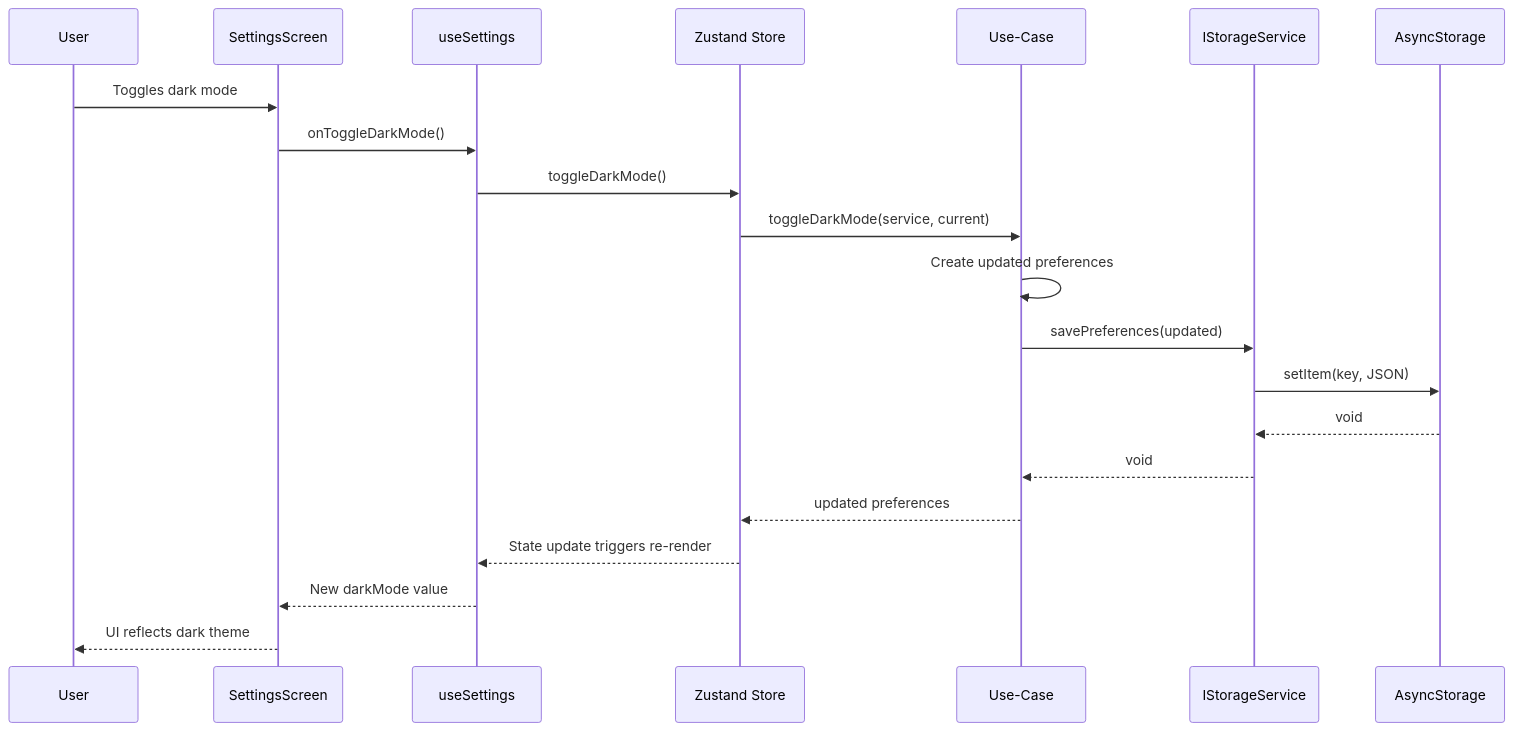
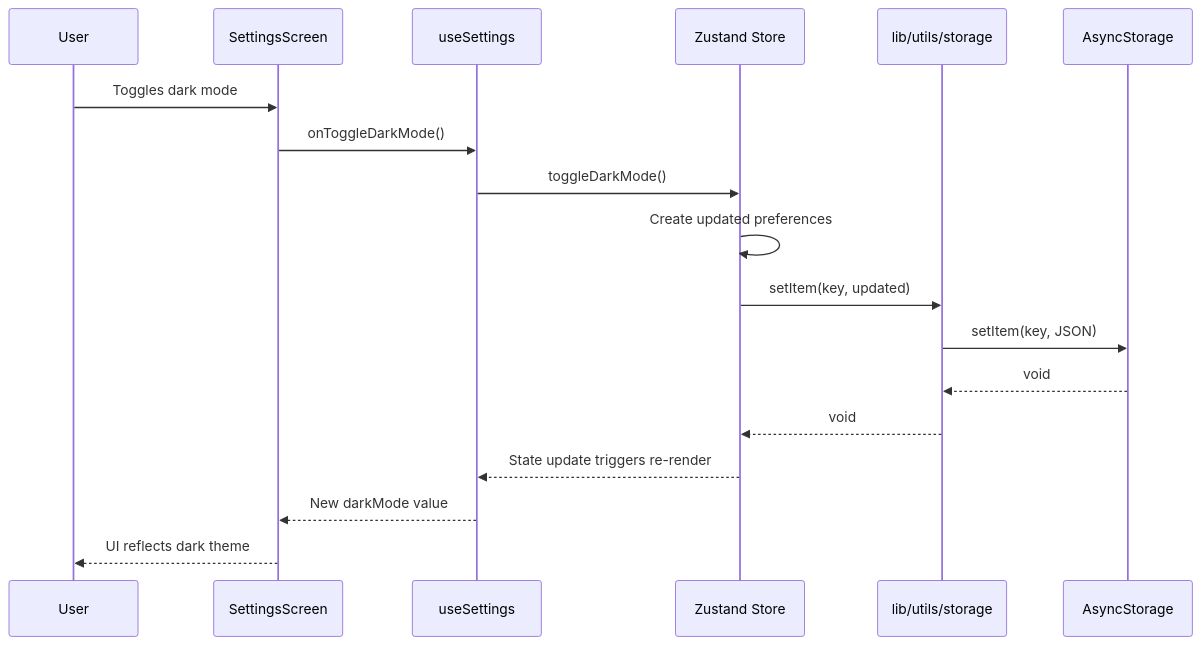
Before and after one commit to RDOToole89/agentic-rn-demo: the second of 4 diagrams in docs/ARCHITECTURE.md, drawn with Mermaid. The commit also changed other lines of this file and 27 other files, not shown here.

First line of the commit message:
refactor(client): migrate to lib/ + store/ + api/ architecture

````diff
--- a/docs/ARCHITECTURE.md
+++ b/docs/ARCHITECTURE.md
@@ -54,24 +54,21 @@
 ```mermaid
 sequenceDiagram
     participant User
     participant Screen as SettingsScreen
     participant Hook as useSettings
     participant Store as Zustand Store
-    participant UC as Use-Case
-    participant Svc as IStorageService
+    participant Utils as lib/utils/storage
     participant AS as AsyncStorage
 
     User->>Screen: Toggles dark mode
     Screen->>Hook: onToggleDarkMode()
     Hook->>Store: toggleDarkMode()
-    Store->>UC: toggleDarkMode(service, current)
-    UC->>UC: Create updated preferences
-    UC->>Svc: savePreferences(updated)
-    Svc->>AS: setItem(key, JSON)
-    AS-->>Svc: void
-    Svc-->>UC: void
-    UC-->>Store: updated preferences
+    Store->>Store: Create updated preferences
+    Store->>Utils: setItem(key, updated)
+    Utils->>AS: setItem(key, JSON)
+    AS-->>Utils: void
+    Utils-->>Store: void
     Store-->>Hook: State update triggers re-render
     Hook-->>Screen: New darkMode value
     Screen-->>User: UI reflects dark theme
 ```
````
